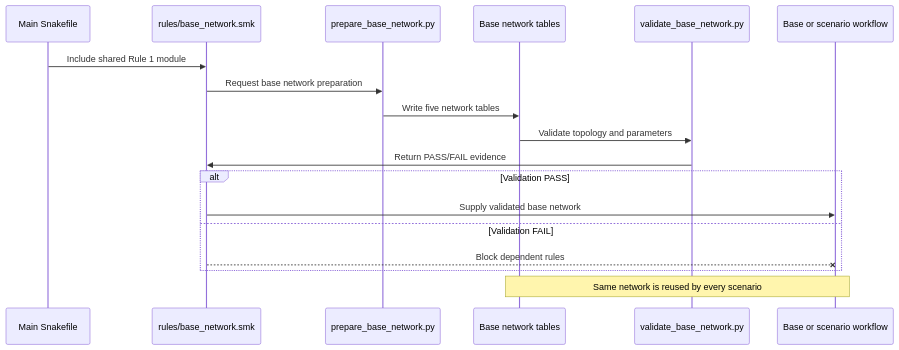
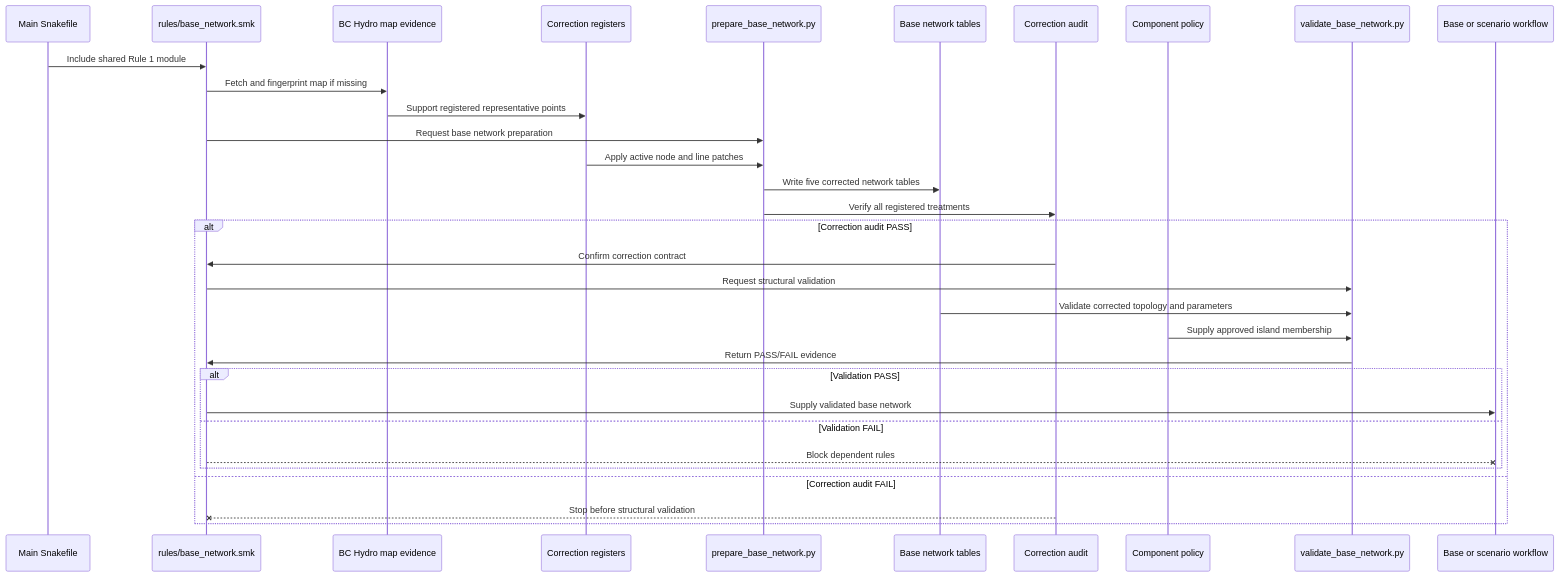
The diagram in workflow/rules/rule_1_BaseNetwork.md (DeltaE/PyPSA_BC), drawn with Mermaid before and after one commit. The commit also changed other lines of this file and 65 other files, not shown here.

Commit message:
snakemake rule 1 with robust validation and correction implemented

````diff
--- a/workflow/rules/rule_1_BaseNetwork.md
+++ b/workflow/rules/rule_1_BaseNetwork.md
@@ -18,24 +16,37 @@
 ```mermaid
 sequenceDiagram
     participant M as Main Snakefile
     participant R as rules/base_network.smk
+    participant E as BC Hydro map evidence
+    participant C as Correction registers
     participant P as prepare_base_network.py
     participant N as Base network tables
+    participant A as Correction audit
+    participant Q as Component policy
     participant V as validate_base_network.py
     participant D as Base or scenario workflow
 
     M->>R: Include shared Rule 1 module
+    R->>E: Fetch and fingerprint map if missing
+    E->>C: Support registered representative points
     R->>P: Request base network preparation
-    P->>N: Write five network tables
-    N->>V: Validate topology and parameters
-    V->>R: Return PASS/FAIL evidence
+    C->>P: Apply active node and line patches
+    P->>N: Write five corrected network tables
+    P->>A: Verify all registered treatments
 
-    alt Validation PASS
-        R->>D: Supply validated base network
-    else Validation FAIL
-        R--xD: Block dependent rules
+    alt Correction audit PASS
+        A->>R: Confirm correction contract
+        R->>V: Request structural validation
+        N->>V: Validate corrected topology and parameters
+        Q->>V: Supply approved island membership
+        V->>R: Return PASS/FAIL evidence
+
+        alt Validation PASS
+            R->>D: Supply validated base network
+        else Validation FAIL
+            R--xD: Block dependent rules
+        end
+    else Correction audit FAIL
+        A--xR: Stop before structural validation
     end
-
-    Note over N,D: Same network is reused by every scenario
-
 ```
````
